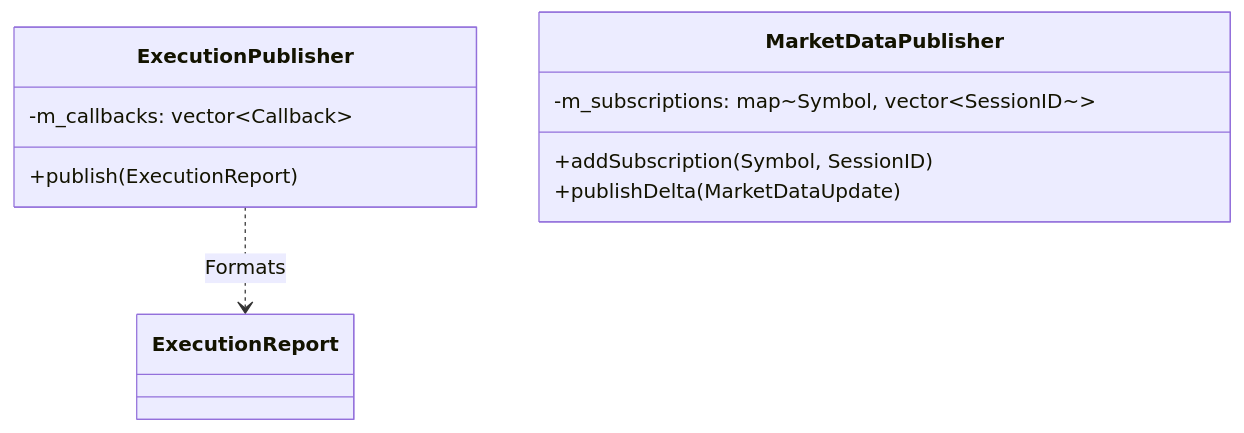
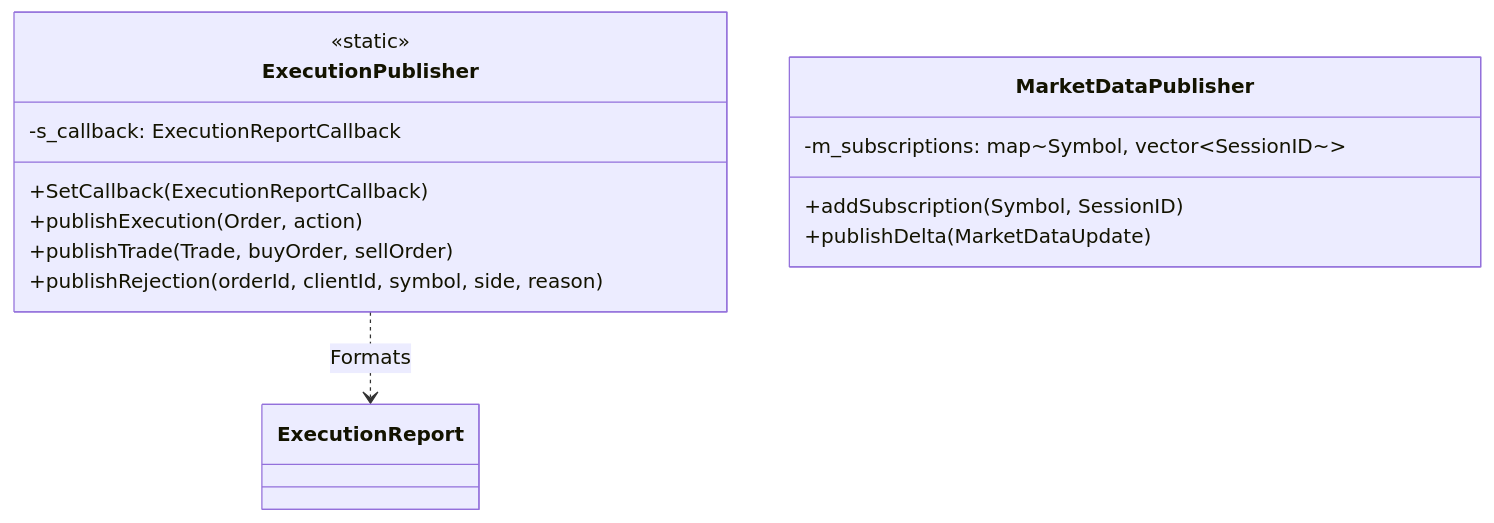
Before and after one commit to SujalChoudhari/BetaTrader: the second of 2 diagrams in exchange/exchange_publishers/README.md, drawn with Mermaid. The commit also changed 7 other files, not shown here.

````diff
--- a/exchange/exchange_publishers/README.md
+++ b/exchange/exchange_publishers/README.md
@@ -29,15 +29,19 @@
 ```mermaid
 classDiagram
     class ExecutionPublisher {
-        +publish(ExecutionReport)
-        -m_callbacks: vector~Callback~
+        <<static>>
+        +SetCallback(ExecutionReportCallback)
+        +publishExecution(Order, action)
+        +publishTrade(Trade, buyOrder, sellOrder)
+        +publishRejection(orderId, clientId, symbol, side, reason)
+        -s_callback: ExecutionReportCallback
     }
 
     class MarketDataPublisher {
         +addSubscription(Symbol, SessionID)
         +publishDelta(MarketDataUpdate)
         -m_subscriptions: map~Symbol, vector~SessionID~~
     }
 
     ExecutionPublisher ..> ExecutionReport : Formats
 ```
````
